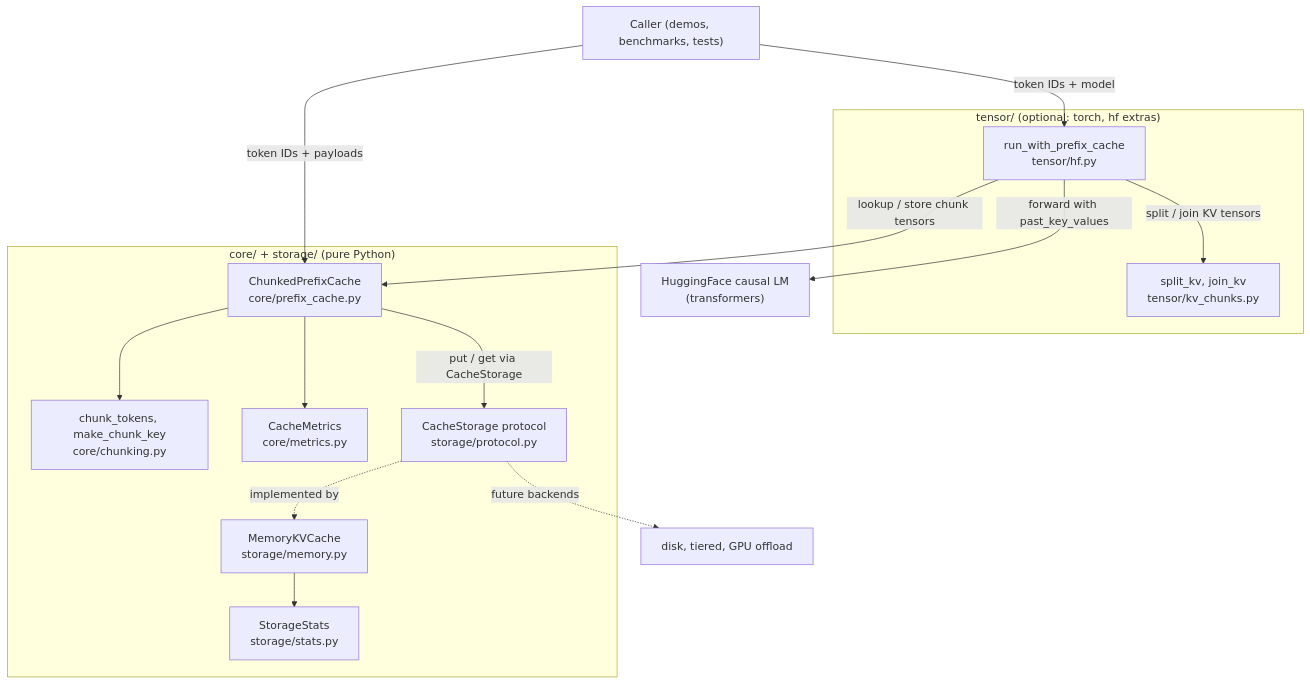
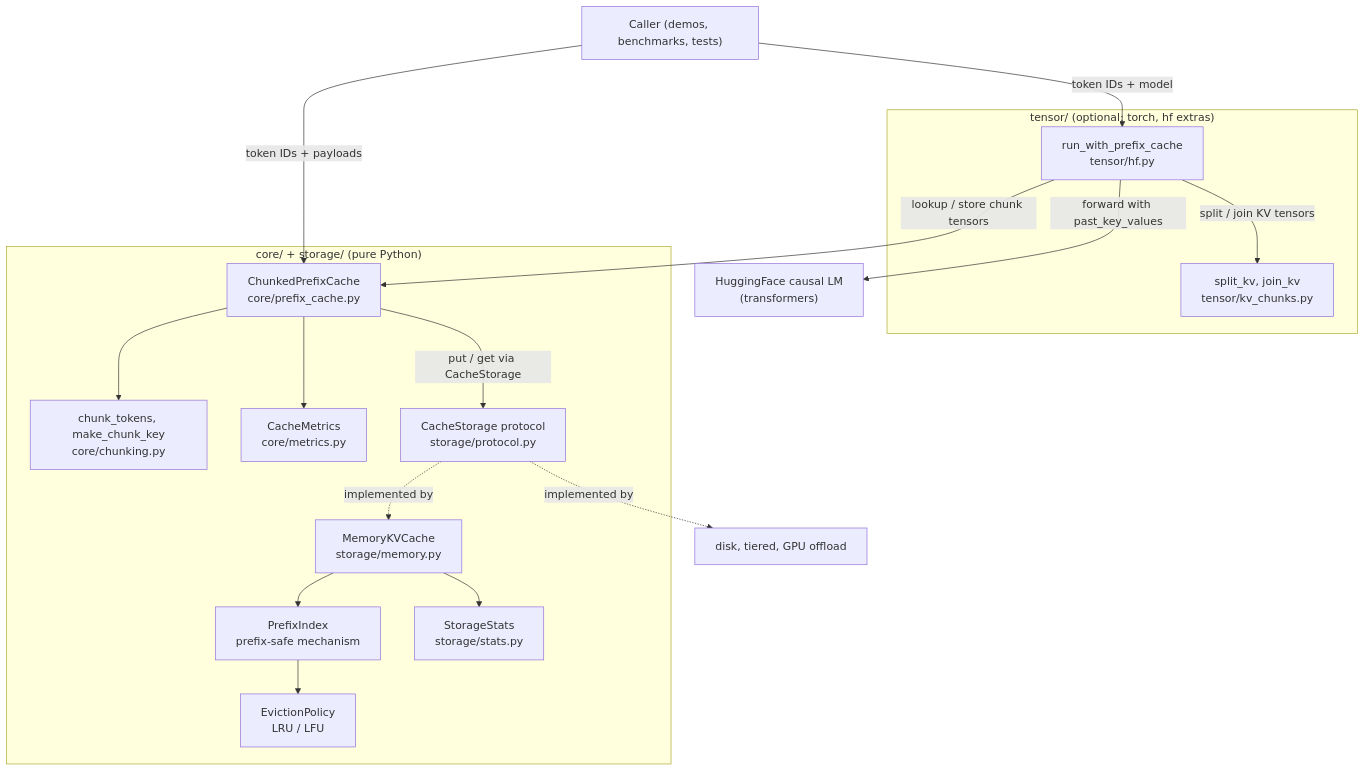
The first of 5 diagrams in docs/zh-CN/architecture.md (Dami-wq-k03/nano-lmcache), drawn with Mermaid before and after one commit. The commit also changed other lines of this file and 17 other files, not shown here.

````diff
--- a/docs/zh-CN/architecture.md
+++ b/docs/zh-CN/architecture.md
@@ -23,31 +23,35 @@
 ```mermaid
 graph TD
     Caller["Caller (demos, benchmarks, tests)"]
     Model["HuggingFace causal LM<br/>(transformers)"]
 
     subgraph tensor["tensor/ (optional: torch, hf extras)"]
         HF["run_with_prefix_cache<br/>tensor/hf.py"]
         KV["split_kv, join_kv<br/>tensor/kv_chunks.py"]
     end
 
     subgraph pure["core/ + storage/ (pure Python)"]
         PC["ChunkedPrefixCache<br/>core/prefix_cache.py"]
         CH["chunk_tokens, make_chunk_key<br/>core/chunking.py"]
         MET["CacheMetrics<br/>core/metrics.py"]
         ST["CacheStorage protocol<br/>storage/protocol.py"]
+        IDX["PrefixIndex<br/>prefix-safe mechanism"]
+        POL["EvictionPolicy<br/>LRU / LFU"]
         MEM["MemoryKVCache<br/>storage/memory.py"]
         SS["StorageStats<br/>storage/stats.py"]
     end
 
     Caller -->|"token IDs + payloads"| PC
     Caller -->|"token IDs + model"| HF
     HF -->|"lookup / store chunk tensors"| PC
     HF -->|"split / join KV tensors"| KV
     HF -->|"forward with past_key_values"| Model
     PC --> CH
     PC --> MET
     PC -->|"put / get via CacheStorage"| ST
     ST -.->|implemented by| MEM
+    MEM --> IDX
+    IDX --> POL
     MEM --> SS
-    ST -.->|"future backends"| FUT["disk, tiered, GPU offload"]
+    ST -.->|implemented by| OTHER["disk, tiered, GPU offload"]
 ```
````
